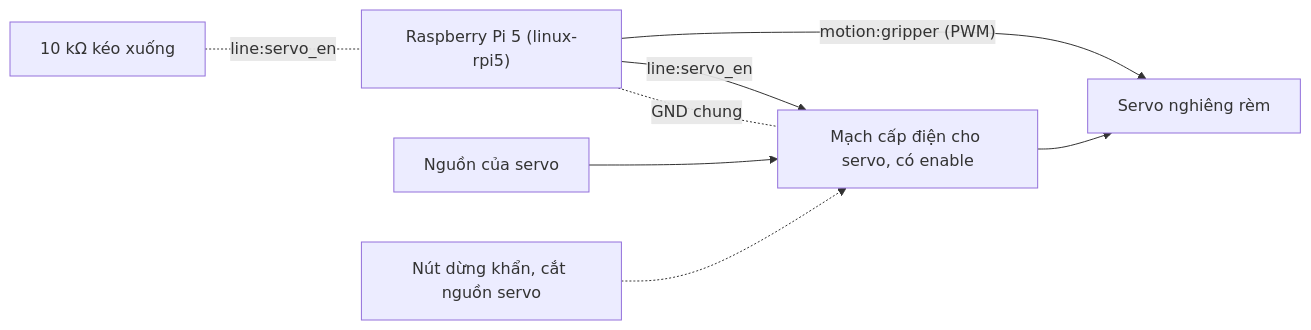
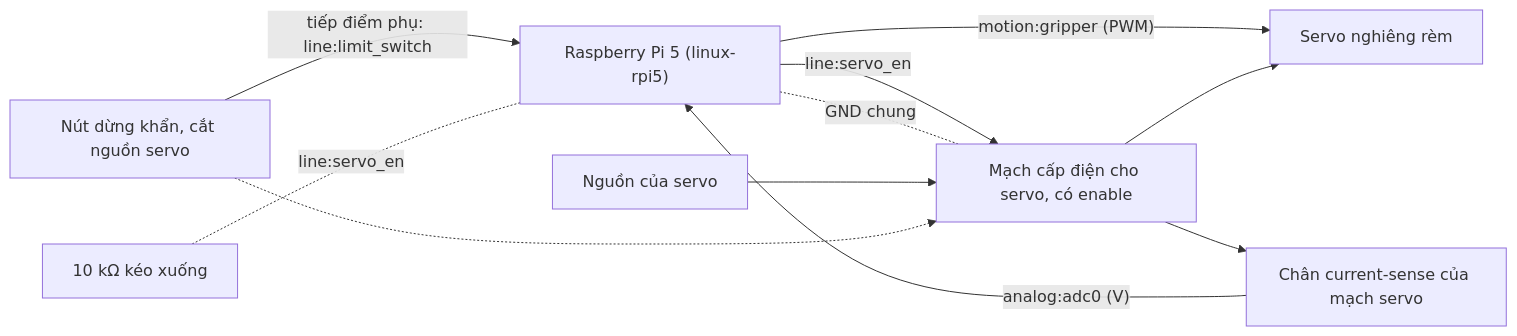
Before and after one commit to letrongminh/neuroedge-init: the diagram in docs/user/kit-rem-cua.md, drawn with Mermaid. The commit also changed other lines of this file and 12 other files, not shown here.

````diff
--- a/docs/user/kit-rem-cua.md
+++ b/docs/user/kit-rem-cua.md
@@ -49,10 +52,13 @@
 ```mermaid
 flowchart LR
   PI["Raspberry Pi 5 (linux-rpi5)"] -->|"motion:gripper (PWM)"| SV["Servo nghiêng rèm"]
   PI -->|"line:servo_en"| DRV["Mạch cấp điện cho servo, có enable"]
   PI -. "GND chung" .- DRV
   PSU["Nguồn của servo"] --> DRV
   DRV --> SV
   EST["Nút dừng khẩn, cắt nguồn servo"] -.-> DRV
+  EST -->|"tiếp điểm phụ: line:limit_switch"| PI
+  CS["Chân current-sense của mạch servo"] -->|"analog:adc0 (V)"| PI
+  DRV --> CS
   PD["10 kΩ kéo xuống"] -. "line:servo_en" .- PI
 ```
````
